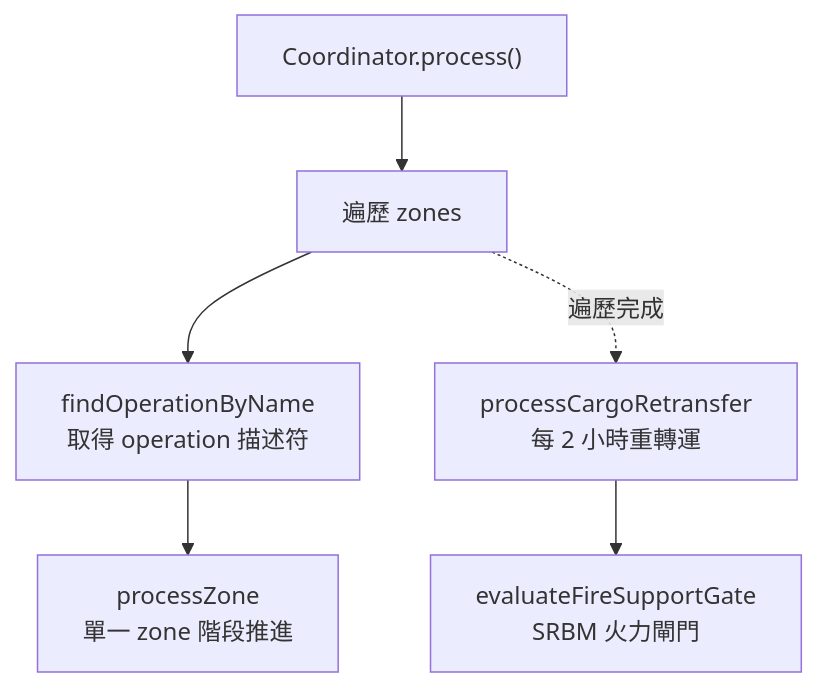
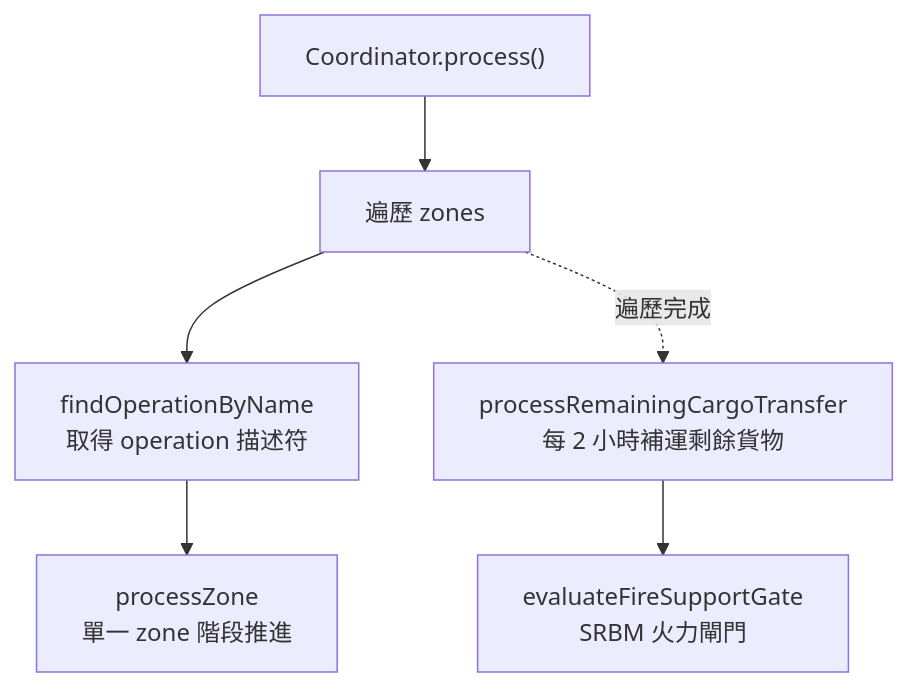
Before and after one commit to pullupjumper/formosa-in-flames: the first of 4 diagrams in docs/landingOps/coordinator.md, drawn with Mermaid. The commit also changed other lines of this file and 46 other files, not shown here.

````diff
--- a/docs/landingOps/coordinator.md
+++ b/docs/landingOps/coordinator.md
@@ -23,14 +23,14 @@
 ```mermaid
 flowchart TD
     PROC["Coordinator.process()"]
     LOOP["遍歷 zones"]
     FIND["findOperationByName<br>取得 operation 描述符"]
     ZONE["processZone<br>單一 zone 階段推進"]
-    RETRANS["processCargoRetransfer<br>每 2 小時重轉運"]
+    RETRANS["processRemainingCargoTransfer<br>每 2 小時補運剩餘貨物"]
     GATE["evaluateFireSupportGate<br>SRBM 火力閘門"]
 
     PROC --> LOOP
     LOOP --> FIND --> ZONE
     LOOP -.->|遍歷完成| RETRANS
     RETRANS --> GATE
 ```
````
